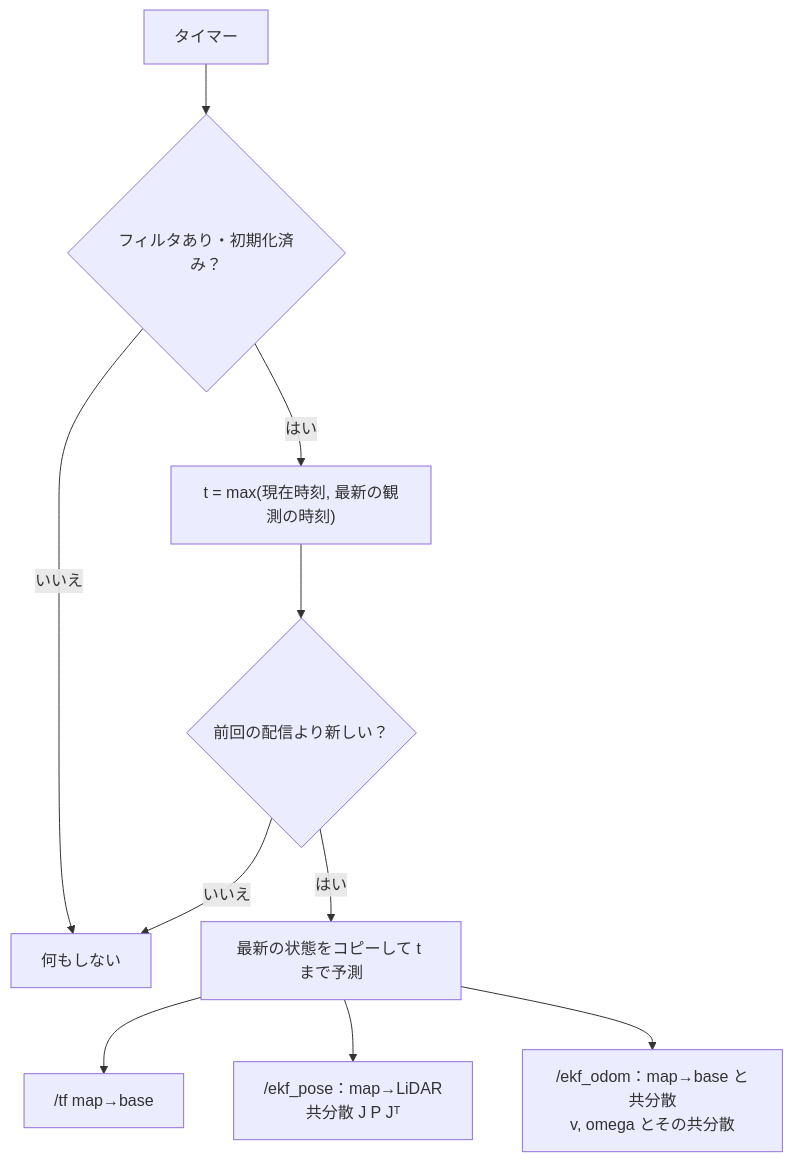
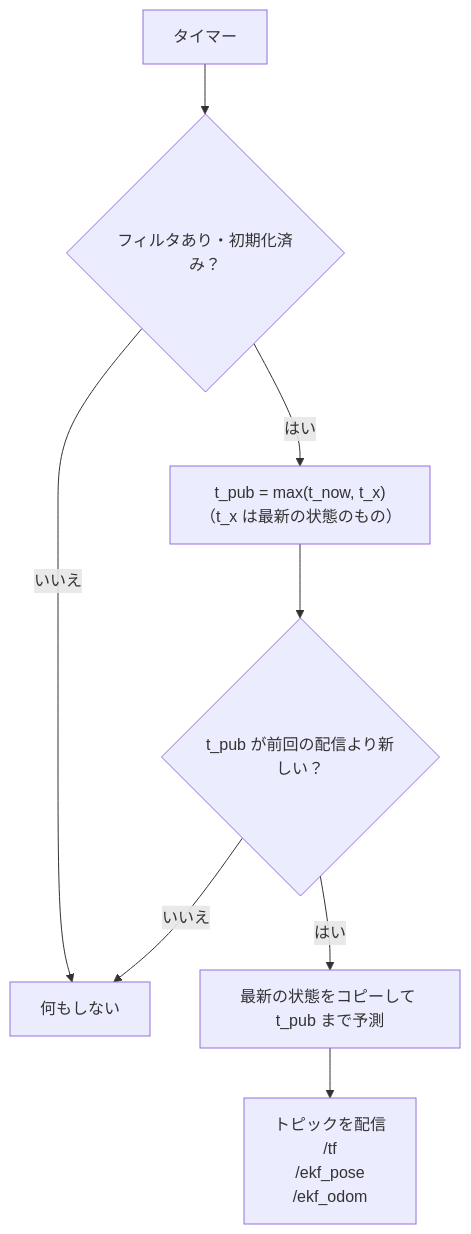
One commit to MaeharaTakumi/ekf_localizer changed the fourth of 4 diagrams in docs/ekf_flow.md. Above: the diagram before and after it, drawn with Mermaid. The commit also changed other lines of this file and 13 other files, not shown here.

````diff
--- a/docs/ekf_flow.md
+++ b/docs/ekf_flow.md
@@ -163,12 +200,10 @@
 ```mermaid
 flowchart TD
   A["タイマー"] --> B{"フィルタあり・初期化済み？"}
   B -->|いいえ| X["何もしない"]
-  B -->|はい| C["t = max(現在時刻, 最新の観測の時刻)"]
-  C --> D{"前回の配信より新しい？"}
+  B -->|はい| C["t_pub = max(t_now, t_x)<br/>（t_x は最新の状態のもの）"]
+  C --> D{"t_pub が前回の配信より新しい？"}
   D -->|いいえ| X
-  D -->|はい| E["最新の状態をコピーして t まで予測"]
-  E --> F["/tf map→base"]
-  E --> G["/ekf_pose：map→LiDAR<br/>共分散 J P Jᵀ"]
-  E --> H["/ekf_odom：map→base と共分散<br/>v, omega とその共分散"]
+  D -->|はい| E["最新の状態をコピーして t_pub まで予測"]
+  E --> F["トピックを配信<br/>/tf<br/>/ekf_pose<br/>/ekf_odom"]
 ```
````
